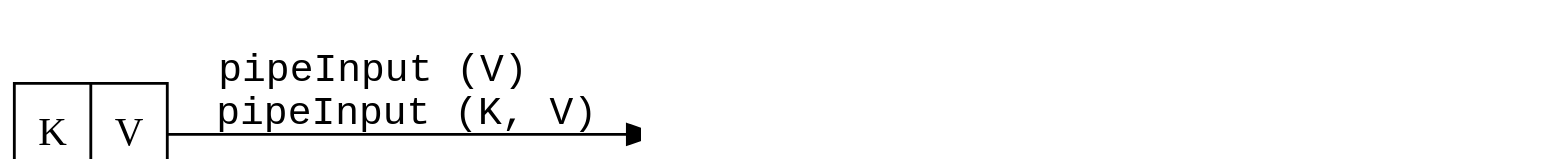
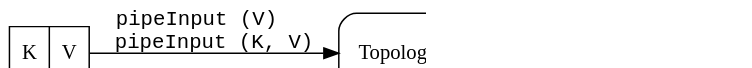
Before and after one commit to inponomarev/kstreams-testing-pitfalls: the fifth of 28 diagrams in slides/src/main/asciidoc/lecture.adoc, drawn with Graphviz. The commit also changed other lines of this file and 1 other file, not shown here.

Commit message:
diagram tweaks

```diff
--- a/slides/src/main/asciidoc/lecture.adoc
+++ b/slides/src/main/asciidoc/lecture.adoc
@@ -225,12 +225,13 @@
 [graphviz,"pipeinput.png"]
 ----
 digraph G {
   rankdir="LR";
-  graph [ dpi = 180 ];
+  graph [ dpi = 130 ];
   source [shape=record;label="{K|V}"];
-  processor [shape="septagon"; label="\nTopology\n "];
+  processor [shape="box"; style="rounded";
+ label="\nTopology\n "];
   sink [shape=record;label="{K|V}"];
   source->processor[label="pipeInput (V)\lpipeInput (K, V)";fontname="Courier"];
   processor->sink[label="readValue ()\lreadKeyValue()";fontname="Courier"];
 }
 ----
```
